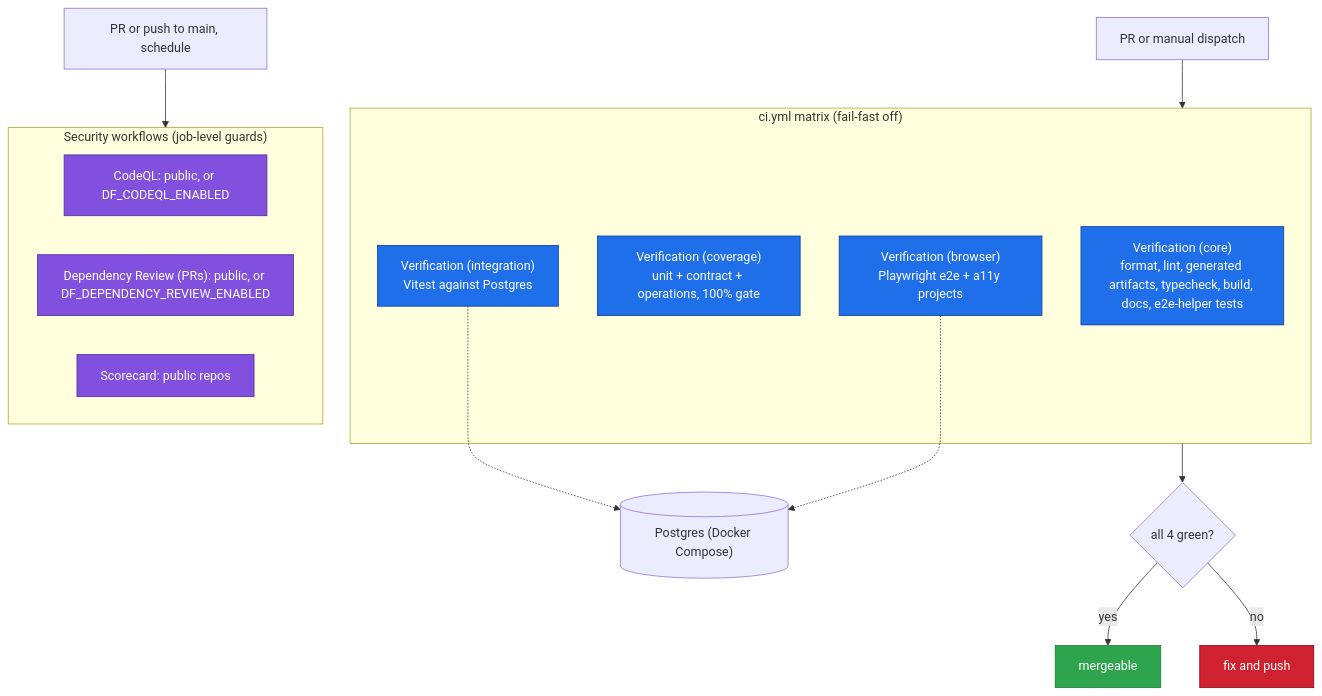
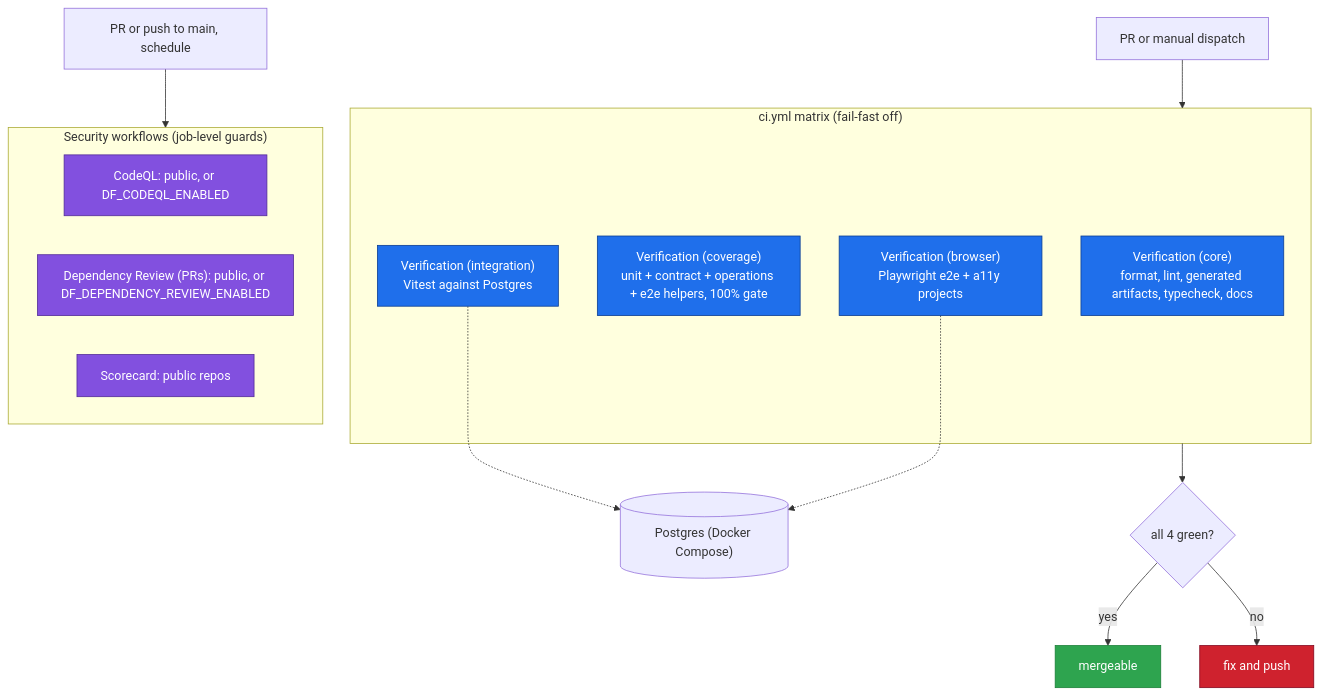
The third of 3 diagrams in ARCHITECTURE.md (jeffscottward/darkfactory), drawn with Mermaid before and after one commit. The commit also changed other lines of this file and 183 other files, not shown here.

````diff
--- a/ARCHITECTURE.md
+++ b/ARCHITECTURE.md
@@ -115,32 +98,32 @@
 ```mermaid
 flowchart TB
   trigger["PR or manual dispatch"] --> matrix
   subgraph matrix["ci.yml matrix (fail-fast off)"]
-    core["Verification (core)<br/>format, lint, generated artifacts, typecheck, build, docs, e2e-helper tests"]
-    cov["Verification (coverage)<br/>unit + contract + operations, 100% gate"]
+    core["Verification (core)<br/>format, lint, generated artifacts, typecheck, docs"]
+    cov["Verification (coverage)<br/>unit + contract + operations + e2e helpers, 100% gate"]
     integ["Verification (integration)<br/>Vitest against Postgres"]
     browser["Verification (browser)<br/>Playwright e2e + a11y projects"]
   end
   pg[("Postgres (Docker Compose)")]
   integ -.-> pg
   browser -.-> pg
   matrix --> green{"all 4 green?"}
   green -- yes --> merge["mergeable"]
   green -- no --> fix["fix and push"]
 
   scanTrigger["PR or push to main, schedule"] --> security
   subgraph security["Security workflows (job-level guards)"]
     codeql["CodeQL: public, or DF_CODEQL_ENABLED"]
     depr["Dependency Review (PRs): public, or DF_DEPENDENCY_REVIEW_ENABLED"]
     scorecard["Scorecard: public repos"]
   end
 
   classDef lane fill:#1f6feb,stroke:#0b3d91,color:#ffffff
   classDef sec fill:#8250df,stroke:#512a97,color:#ffffff
   classDef ok fill:#2ea44f,stroke:#1a7f37,color:#ffffff
   classDef bad fill:#cf222e,stroke:#82071e,color:#ffffff
   class core,cov,integ,browser lane
   class codeql,depr,scorecard sec
   class merge ok
   class fix bad
 ```
````
